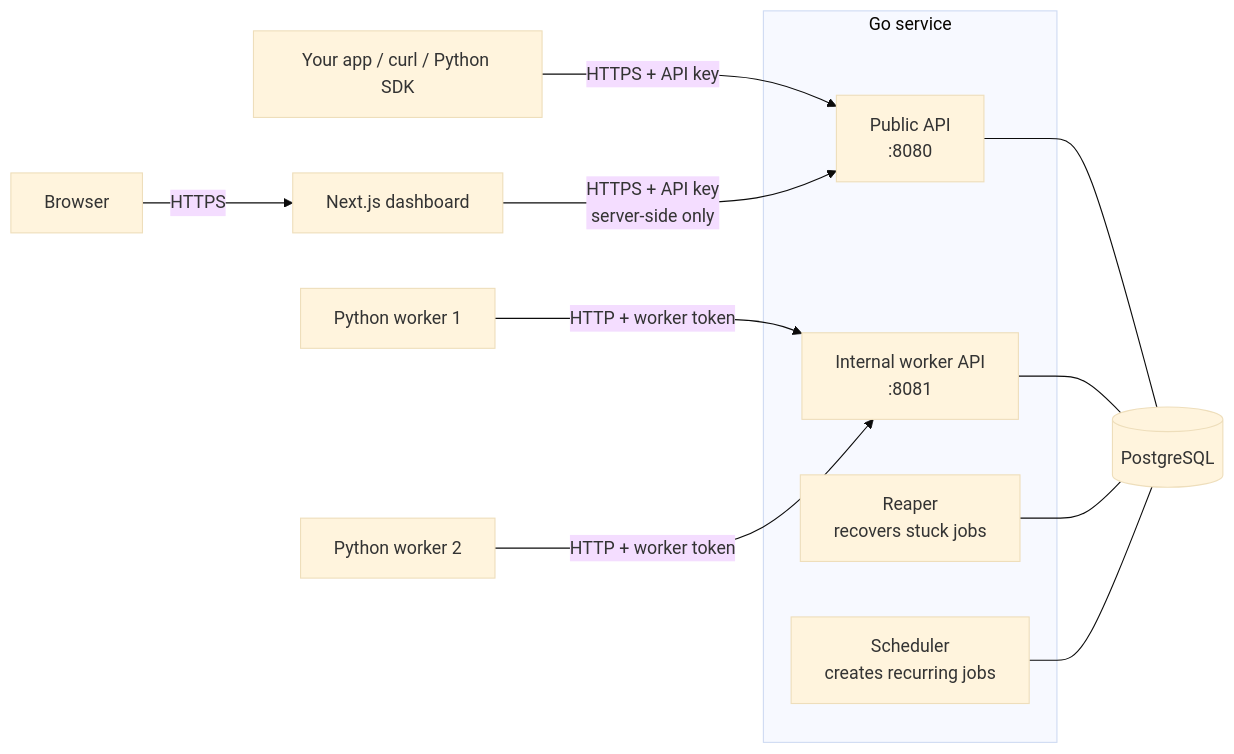
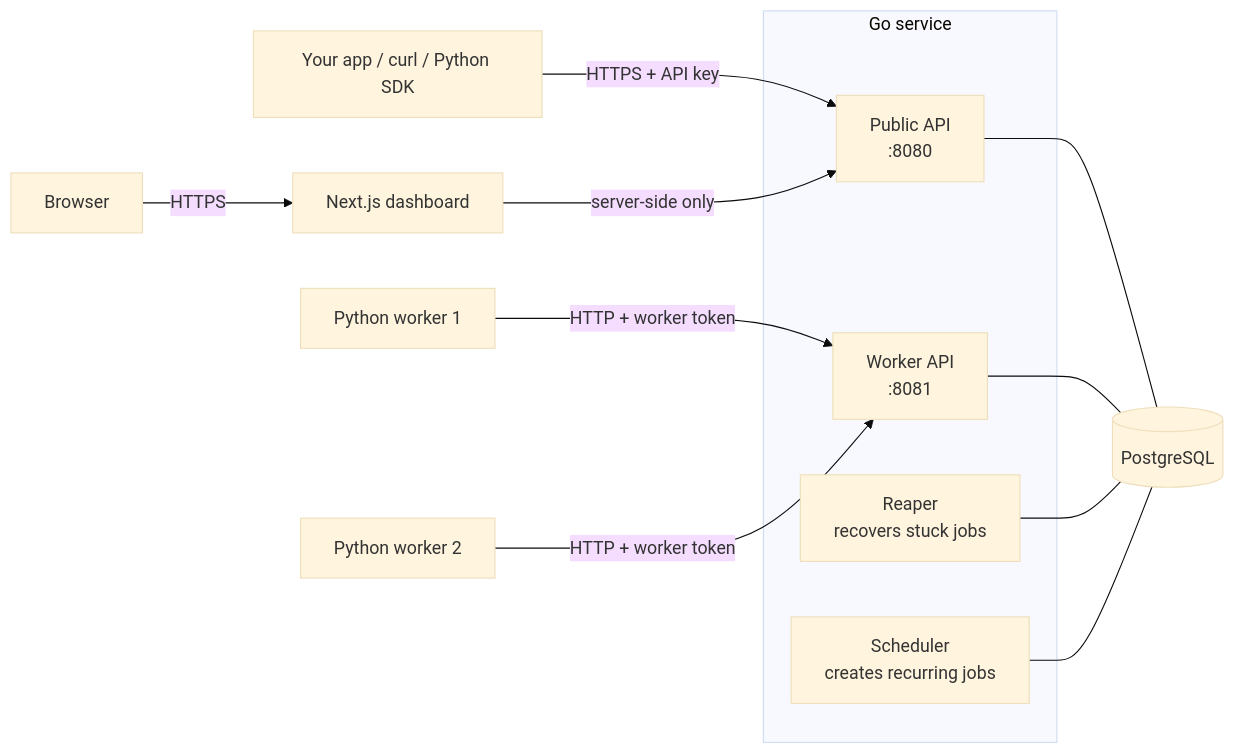
Before and after one commit to shuklaAlkesh/TaskPilot: the first of 3 diagrams in README.md, drawn with Mermaid (base theme). The commit also changed other lines of this file, not shown here.

````diff
--- a/README.md
+++ b/README.md
@@ -87,18 +126,18 @@
 ```mermaid
 flowchart LR
   B[Browser] -->|HTTPS| N[Next.js dashboard]
   C[Your app / curl / Python SDK] -->|HTTPS + API key| G
-  N -->|HTTPS + API key<br/>server-side only| G
+  N -->|server-side only| G
   subgraph GO[Go service]
     G[Public API<br/>:8080]
-    I[Internal worker API<br/>:8081]
+    I[Worker API<br/>:8081]
     R[Reaper<br/>recovers stuck jobs]
     S[Scheduler<br/>creates recurring jobs]
   end
   W1[Python worker 1] -->|HTTP + worker token| I
   W2[Python worker 2] -->|HTTP + worker token| I
   G --- DB[(PostgreSQL)]
   I --- DB
   R --- DB
   S --- DB
 ```
````
